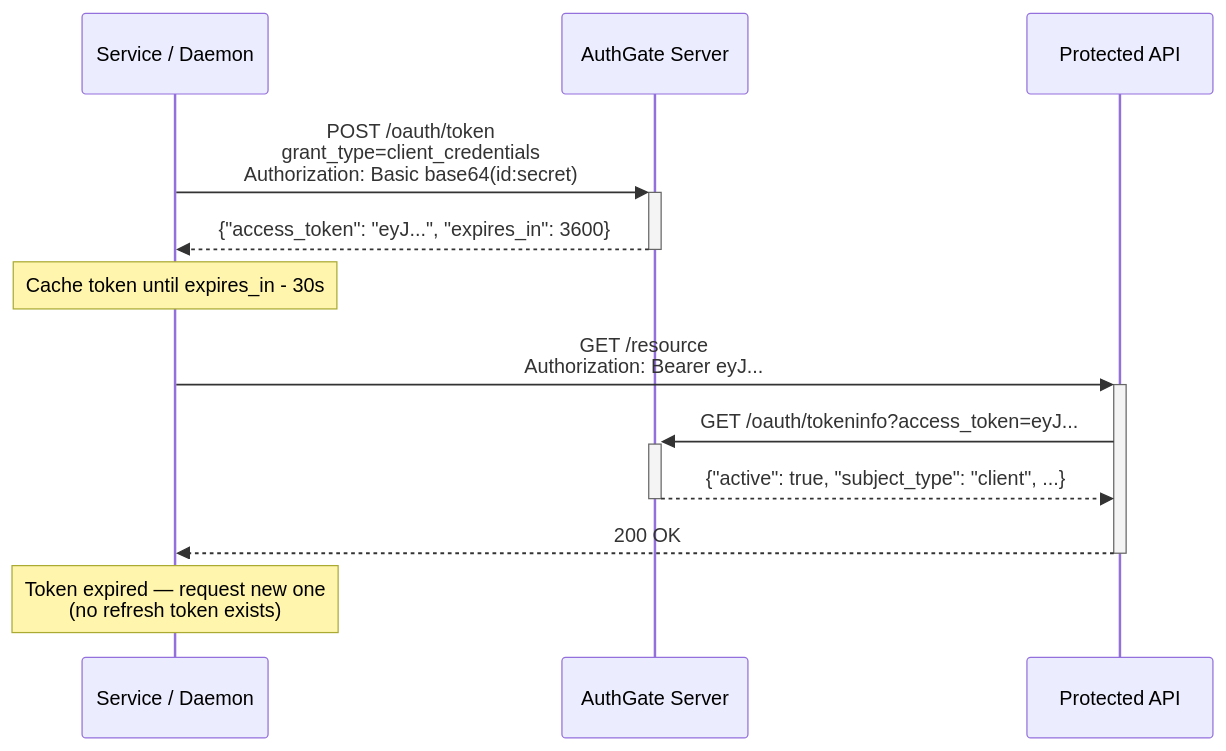
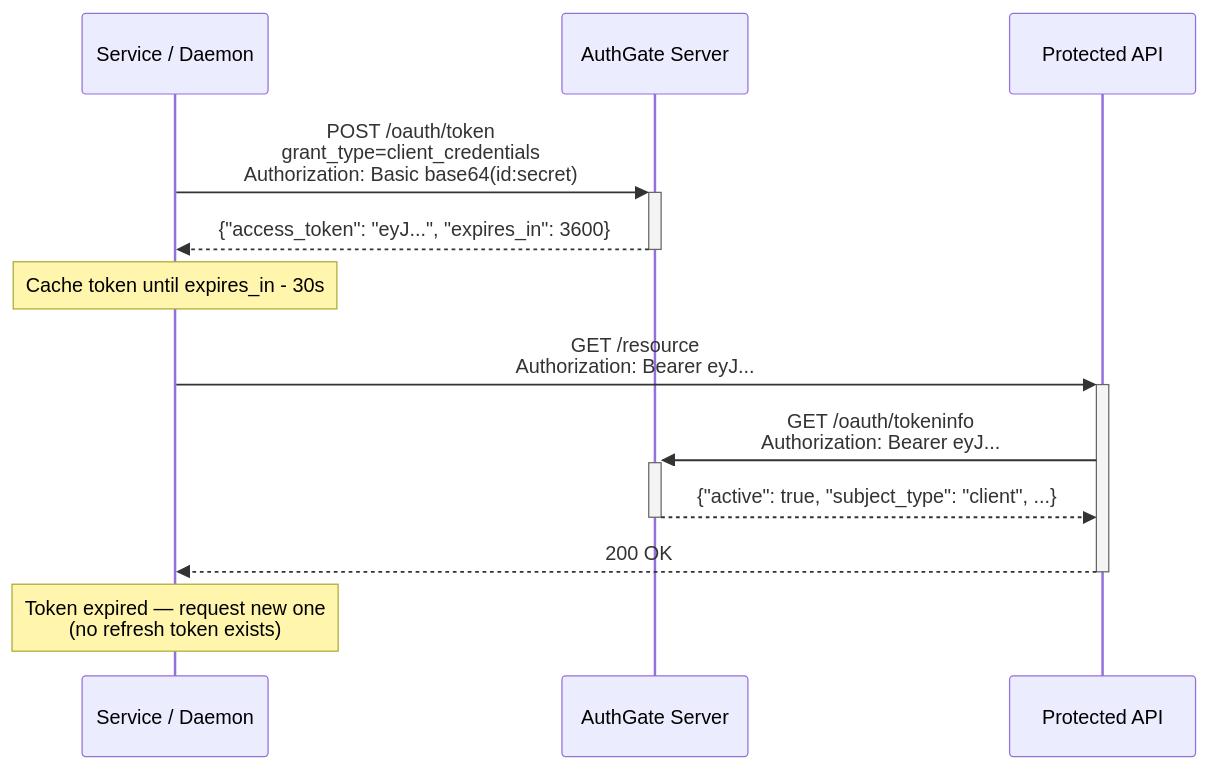
Before and after one commit to go-authgate/authgate: the diagram in docs/CLIENT_CREDENTIALS_FLOW.md, drawn with Mermaid.

Commit message:
docs: move access token to Authorization header in sequence diagram
- Update the sequence diagram to show the access token is now sent in the Authorization header instead of as a query parameter

````diff
--- a/docs/CLIENT_CREDENTIALS_FLOW.md
+++ b/docs/CLIENT_CREDENTIALS_FLOW.md
@@ -80,18 +80,18 @@
 ```mermaid
 sequenceDiagram
     participant Svc as Service / Daemon
     participant AuthGate as AuthGate Server
     participant API as Protected API
 
     Svc->>+AuthGate: POST /oauth/token<br/>grant_type=client_credentials<br/>Authorization: Basic base64(id:secret)
     AuthGate-->>-Svc: {"access_token": "eyJ...", "expires_in": 3600}
 
     Note over Svc: Cache token until expires_in - 30s
 
     Svc->>+API: GET /resource<br/>Authorization: Bearer eyJ...
-    API->>+AuthGate: GET /oauth/tokeninfo?access_token=eyJ...
+    API->>+AuthGate: GET /oauth/tokeninfo<br/>Authorization: Bearer eyJ...
     AuthGate-->>-API: {"active": true, "subject_type": "client", ...}
     API-->>-Svc: 200 OK
 
     Note over Svc: Token expired — request new one<br/>(no refresh token exists)
 ```
````
